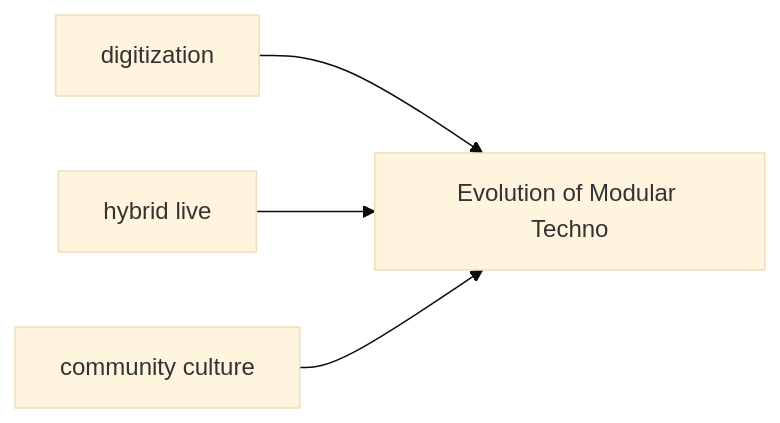
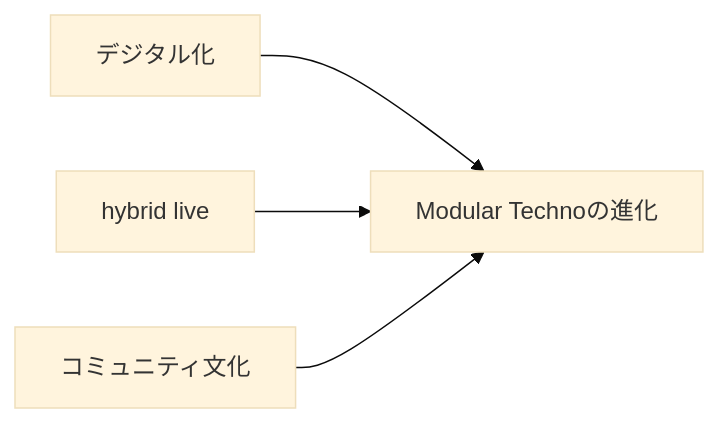
Before and after one commit to monumental-movement/monumental-movement.github.io: the ninth of 12 diagrams in en/_posts/2025-11-30-column-modular-techno.md, drawn with Mermaid (base theme). The commit also changed other lines of this file and 2196 other files, not shown here.

```diff
--- a/en/_posts/2025-11-30-column-modular-techno.md
+++ b/en/_posts/2025-11-30-column-modular-techno.md
@@ -285,6 +285,6 @@
 <div class="mermaid">
 graph LR
-    Digital[digitization] --> Future[Evolution of Modular Techno]
+    Digital[デジタル化] --> Future[Modular Technoの進化]
     Hybrid[hybrid live] --> Future
-    Community[community culture] --> Future
+    Community[コミュニティ文化] --> Future
 </div>
```
